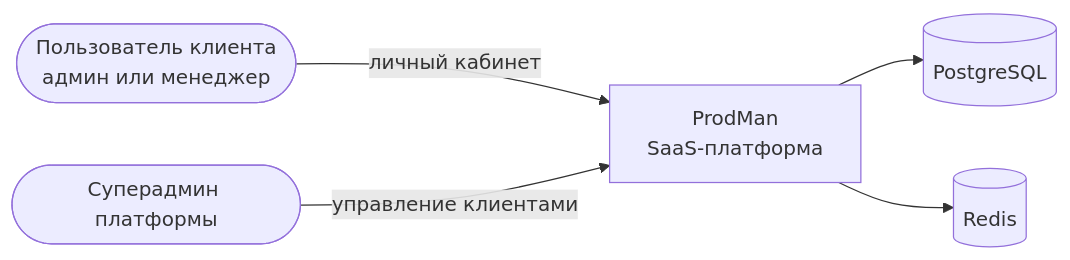
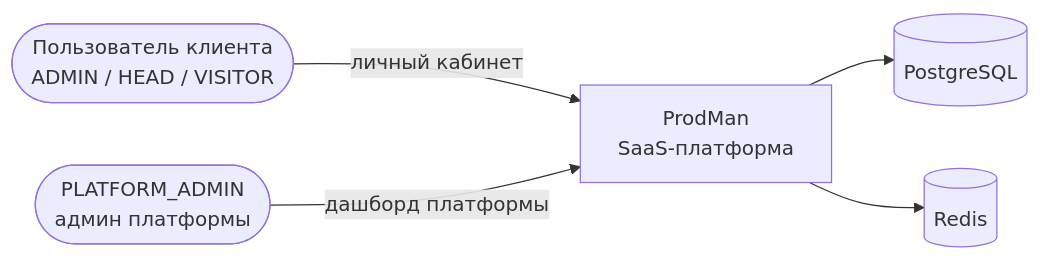
Before and after one commit to DaurenMash/production_manager: the first of 6 diagrams in docs/architecture.md, drawn with Mermaid. The commit also changed other lines of this file and 61 other files, not shown here.

````diff
--- a/docs/architecture.md
+++ b/docs/architecture.md
@@ -7,15 +7,15 @@
 ```mermaid
 flowchart LR
-    ClientUser([Пользователь клиента<br/>админ или менеджер])
-    SuperAdmin([Суперадмин платформы])
+    ClientUser([Пользователь клиента<br/>ADMIN / HEAD / VISITOR])
+    SuperAdmin([PLATFORM_ADMIN<br/>админ платформы])
 
     ProdMan[ProdMan<br/>SaaS-платформа]
     DB[(PostgreSQL)]
     Redis[(Redis)]
 
     ClientUser -->|личный кабинет| ProdMan
-    SuperAdmin -->|управление клиентами| ProdMan
+    SuperAdmin -->|дашборд платформы| ProdMan
 
     ProdMan --> DB
     ProdMan --> Redis
 ```
````
